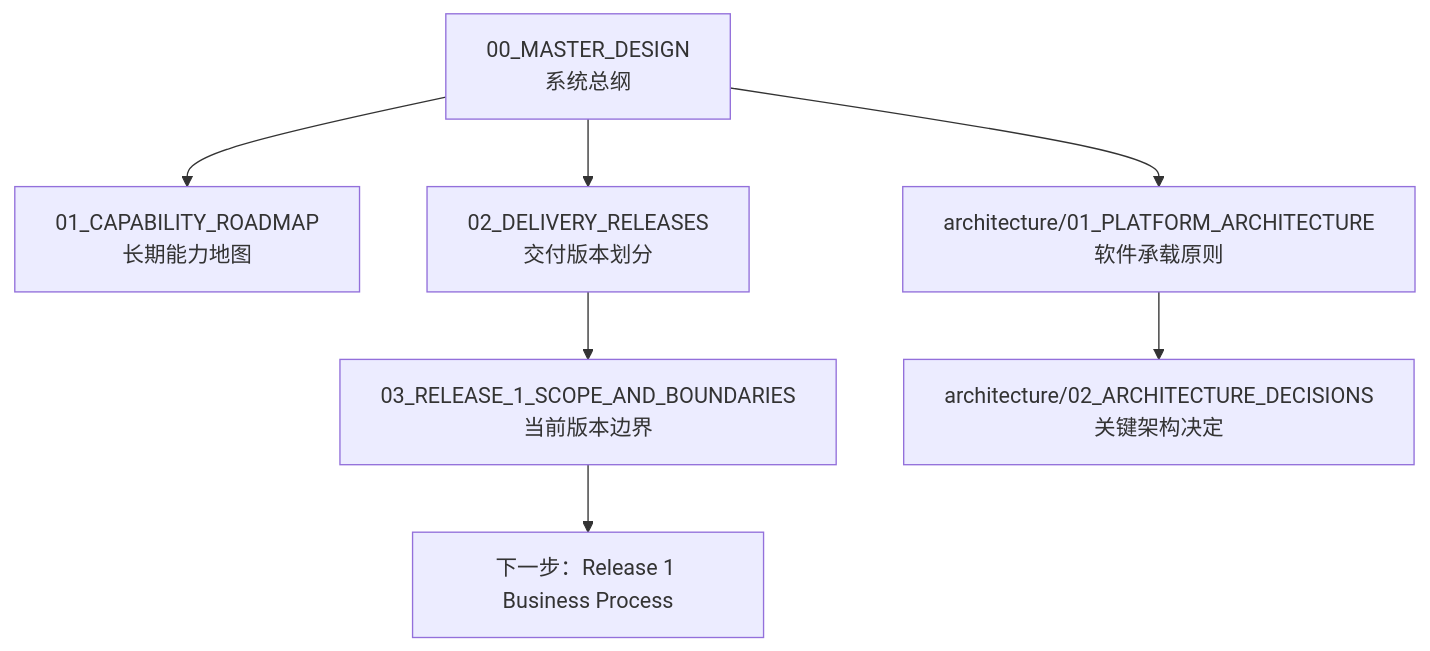
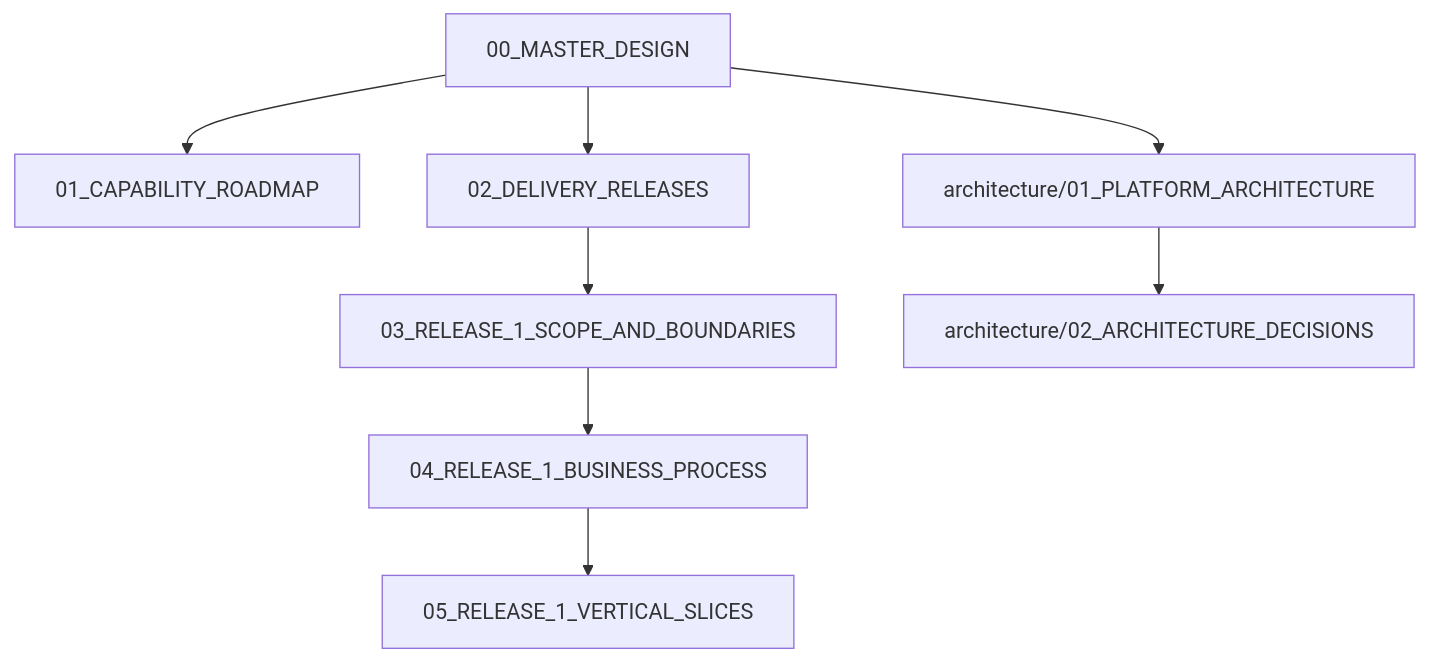
One commit to SONG-36/TK_Video_Intelligence_Workbench changed the sixth of 6 diagrams in 00_MASTER_DESIGN.md. Above: the diagram before and after it, drawn with Mermaid. The commit also changed other lines of this file and 9 other files, not shown here.

````diff
--- a/00_MASTER_DESIGN.md
+++ b/00_MASTER_DESIGN.md
@@ -207,16 +303,19 @@
 ```mermaid
 flowchart TB
-    M[00_MASTER_DESIGN<br/>系统总纲]
-    C[01_CAPABILITY_ROADMAP<br/>长期能力地图]
-    D[02_DELIVERY_RELEASES<br/>交付版本划分]
-    R[03_RELEASE_1_SCOPE_AND_BOUNDARIES<br/>当前版本边界]
-    P[architecture/01_PLATFORM_ARCHITECTURE<br/>软件承载原则]
-    A[architecture/02_ARCHITECTURE_DECISIONS<br/>关键架构决定]
+    M[00_MASTER_DESIGN]
+    C[01_CAPABILITY_ROADMAP]
+    D[02_DELIVERY_RELEASES]
+    R[03_RELEASE_1_SCOPE_AND_BOUNDARIES]
+    P[architecture/01_PLATFORM_ARCHITECTURE]
+    A[architecture/02_ARCHITECTURE_DECISIONS]
+    BP[04_RELEASE_1_BUSINESS_PROCESS]
+    VS[05_RELEASE_1_VERTICAL_SLICES]
 
     M --> C
     M --> D
     D --> R
     M --> P
     P --> A
-    R --> NEXT[下一步：Release 1 Business Process]
+    R --> BP
+    BP --> VS
 ```
````
